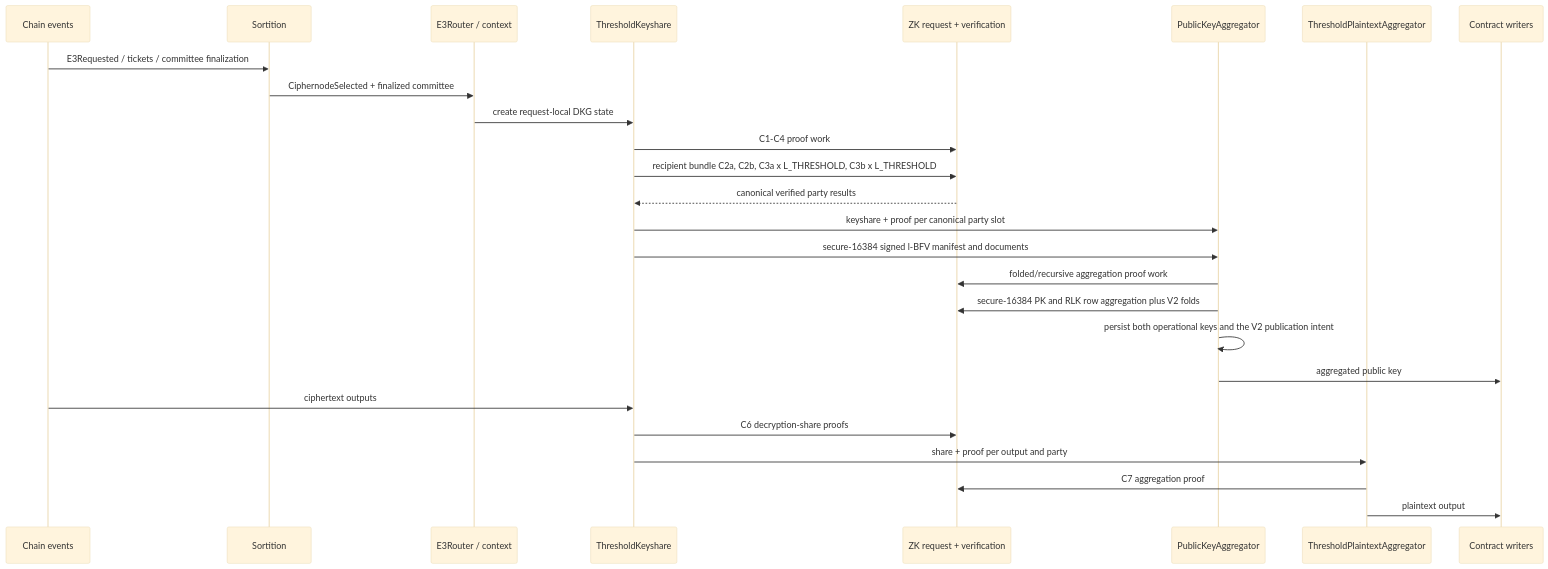
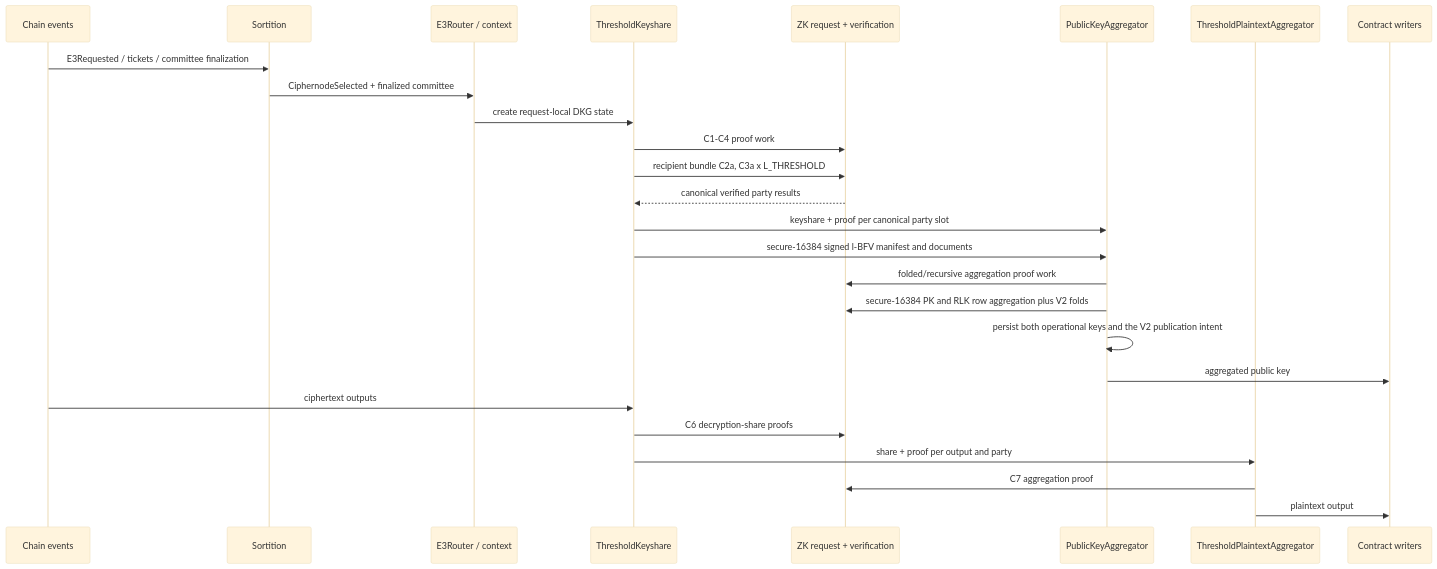
Before and after one commit to theinterfold/interfold: the eighth of 15 diagrams in agent/CRATES_ARCHITECTURE.md, drawn with Mermaid (base theme). The commit also changed other lines of this file and 103 other files, not shown here.

````diff
--- a/agent/CRATES_ARCHITECTURE.md
+++ b/agent/CRATES_ARCHITECTURE.md
@@ -607,29 +607,29 @@
 ```mermaid
 sequenceDiagram
     participant Chain as Chain events
     participant S as Sortition
     participant R as E3Router / context
     participant K as ThresholdKeyshare
     participant Z as ZK request + verification
     participant P as PublicKeyAggregator
     participant T as ThresholdPlaintextAggregator
     participant W as Contract writers
 
     Chain->>S: E3Requested / tickets / committee finalization
     S->>R: CiphernodeSelected + finalized committee
     R->>K: create request-local DKG state
     K->>Z: C1-C4 proof work
-    K->>Z: recipient bundle C2a, C2b, C3a x L_THRESHOLD, C3b x L_THRESHOLD
+    K->>Z: recipient bundle C2a, C3a x L_THRESHOLD
     Z-->>K: canonical verified party results
     K->>P: keyshare + proof per canonical party slot
     K->>P: secure-16384 signed l-BFV manifest and documents
     P->>Z: folded/recursive aggregation proof work
     P->>Z: secure-16384 PK and RLK row aggregation plus V2 folds
     P->>P: persist both operational keys and the V2 publication intent
     P->>W: aggregated public key
     Chain->>K: ciphertext outputs
     K->>Z: C6 decryption-share proofs
     K->>T: share + proof per output and party
     T->>Z: C7 aggregation proof
     T->>W: plaintext output
 ```
````
